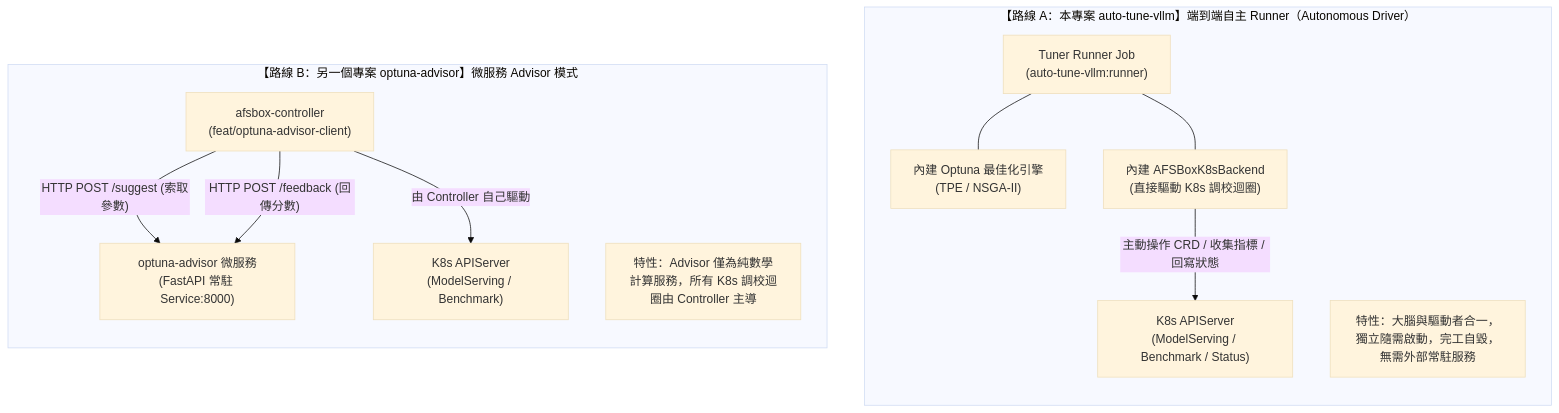
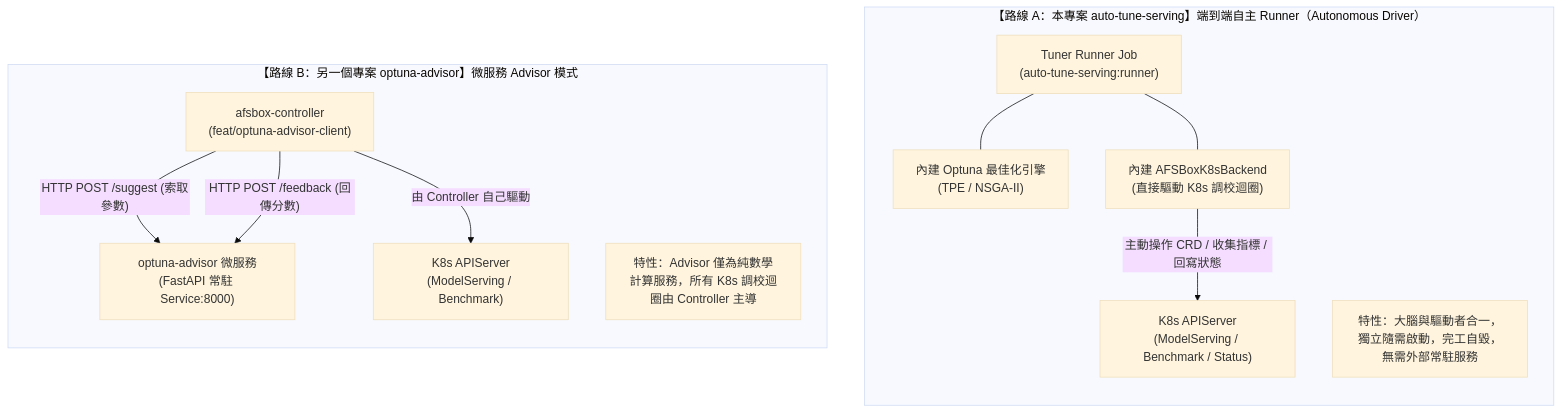
The first of 4 diagrams in docs/afsbox_integration.md (keyword1983/auto-tuning-vllm), drawn with Mermaid (base theme) before and after one commit. The commit also changed other lines of this file and 10 other files, not shown here.

Commit message:
feat: rename project to auto-tune-serving for multi-engine support and update remotes to ocisd4

````diff
--- a/docs/afsbox_integration.md
+++ b/docs/afsbox_integration.md
@@ -26,27 +26,27 @@
 ```mermaid
 graph TB
-    subgraph RouteA["【路線 A：本專案 auto-tune-vllm】端到端自主 Runner（Autonomous Driver）"]
+    subgraph RouteA["【路線 A：本專案 auto-tune-serving】端到端自主 Runner（Autonomous Driver）"]
         direction TB
-        JobA["Tuner Runner Job<br/>(auto-tune-vllm:runner)"]
+        JobA["Tuner Runner Job<br/>(auto-tune-serving:runner)"]
         OptunaA["內建 Optuna 最佳化引擎<br/>(TPE / NSGA-II)"]
         BackendA["內建 AFSBoxK8sBackend<br/>(直接驅動 K8s 調校迴圈)"]
         K8sA["K8s APIServer<br/>(ModelServing / Benchmark / Status)"]
         
         JobA --- OptunaA
         JobA --- BackendA
         BackendA -->|"主動操作 CRD / 收集指標 / 回寫狀態"| K8sA
         NoteA["特性：大腦與驅動者合一，獨立隨需啟動，完工自毀，無需外部常駐服務"]
     end
 
     subgraph RouteB["【路線 B：另一個專案 optuna-advisor】微服務 Advisor 模式"]
         direction TB
         AdvisorB["optuna-advisor 微服務<br/>(FastAPI 常駐 Service:8000)"]
         CtrlB["afsbox-controller<br/>(feat/optuna-advisor-client)"]
         K8sB["K8s APIServer<br/>(ModelServing / Benchmark)"]
 
         CtrlB -->|"HTTP POST /suggest (索取參數)"| AdvisorB
         CtrlB -->|"HTTP POST /feedback (回傳分數)"| AdvisorB
         CtrlB -->|"由 Controller 自己驅動"| K8sB
         NoteB["特性：Advisor 僅為純數學計算服務，所有 K8s 調校迴圈由 Controller 主導"]
     end
 ```
````
